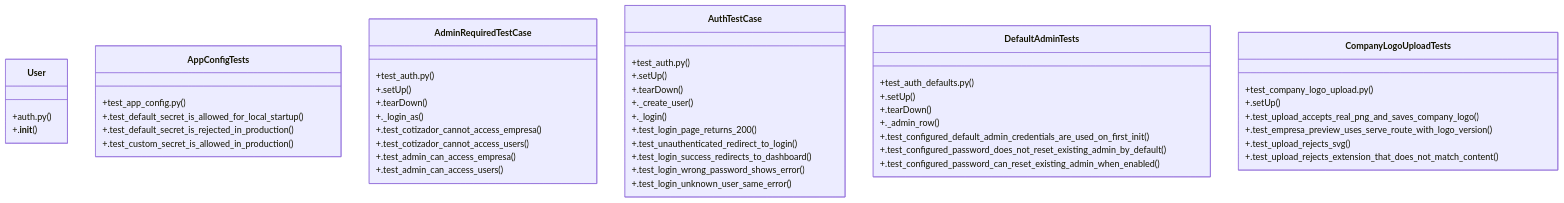
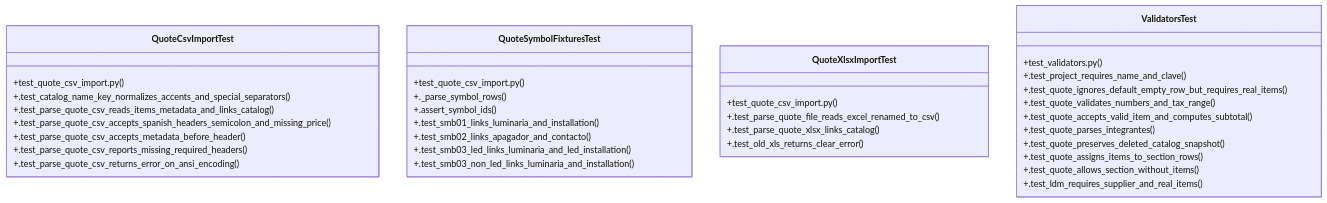
Before and after one commit to Daftrick/ProjectTracker: the diagram in graphify-out/wiki/Community_1.md, drawn with Mermaid. The commit also changed other lines of this file and 373 other files, not shown here.

````diff
--- a/graphify-out/wiki/Community_1.md
+++ b/graphify-out/wiki/Community_1.md
@@ -36,52 +36,39 @@
 ```mermaid
 classDiagram
-    class User {
-        +auth.py()
-        +.__init__()
+    class QuoteCsvImportTest {
+        +test_quote_csv_import.py()
+        +.test_catalog_name_key_normalizes_accents_and_special_separators()
+        +.test_parse_quote_csv_reads_items_metadata_and_links_catalog()
+        +.test_parse_quote_csv_accepts_spanish_headers_semicolon_and_missing_price()
+        +.test_parse_quote_csv_accepts_metadata_before_header()
+        +.test_parse_quote_csv_reports_missing_required_headers()
+        +.test_parse_quote_csv_returns_error_on_ansi_encoding()
     }
-    class AppConfigTests {
-        +test_app_config.py()
-        +.test_default_secret_is_allowed_for_local_startup()
-        +.test_default_secret_is_rejected_in_production()
-        +.test_custom_secret_is_allowed_in_production()
+    class QuoteSymbolFixturesTest {
+        +test_quote_csv_import.py()
+        +._parse_symbol_rows()
+        +.assert_symbol_ids()
+        +.test_smb01_links_luminaria_and_installation()
+        +.test_smb02_links_apagador_and_contacto()
+        +.test_smb03_led_links_luminaria_and_led_installation()
+        +.test_smb03_non_led_links_luminaria_and_installation()
     }
-    class AdminRequiredTestCase {
-        +test_auth.py()
-        +.setUp()
-        +.tearDown()
-        +._login_as()
-        +.test_cotizador_cannot_access_empresa()
-        +.test_cotizador_cannot_access_users()
-        +.test_admin_can_access_empresa()
-        +.test_admin_can_access_users()
+    class QuoteXlsxImportTest {
+        +test_quote_csv_import.py()
+        +.test_parse_quote_file_reads_excel_renamed_to_csv()
+        +.test_parse_quote_xlsx_links_catalog()
+        +.test_old_xls_returns_clear_error()
     }
-    class AuthTestCase {
-        +test_auth.py()
-        +.setUp()
-        +.tearDown()
-        +._create_user()
-        +._login()
-        +.test_login_page_returns_200()
-        +.test_unauthenticated_redirect_to_login()
-        +.test_login_success_redirects_to_dashboard()
-        +.test_login_wrong_password_shows_error()
-        +.test_login_unknown_user_same_error()
-    }
-    class DefaultAdminTests {
-        +test_auth_defaults.py()
-        +.setUp()
-        +.tearDown()
-        +._admin_row()
-        +.test_configured_default_admin_credentials_are_used_on_first_init()
-        +.test_configured_password_does_not_reset_existing_admin_by_default()
-        +.test_configured_password_can_reset_existing_admin_when_enabled()
-    }
-    class CompanyLogoUploadTests {
-        +test_company_logo_upload.py()
-        +.setUp()
-        +.test_upload_accepts_real_png_and_saves_company_logo()
-        +.test_empresa_preview_uses_serve_route_with_logo_version()
-        +.test_upload_rejects_svg()
-        +.test_upload_rejects_extension_that_does_not_match_content()
+    class ValidatorsTest {
+        +test_validators.py()
+        +.test_project_requires_name_and_clave()
+        +.test_quote_ignores_default_empty_row_but_requires_real_items()
+        +.test_quote_validates_numbers_and_tax_range()
+        +.test_quote_accepts_valid_item_and_computes_subtotal()
+        +.test_quote_parses_integrantes()
+        +.test_quote_preserves_deleted_catalog_snapshot()
+        +.test_quote_assigns_items_to_section_rows()
+        +.test_quote_allows_section_without_items()
+        +.test_ldm_requires_supplier_and_real_items()
     }
 ```
````
